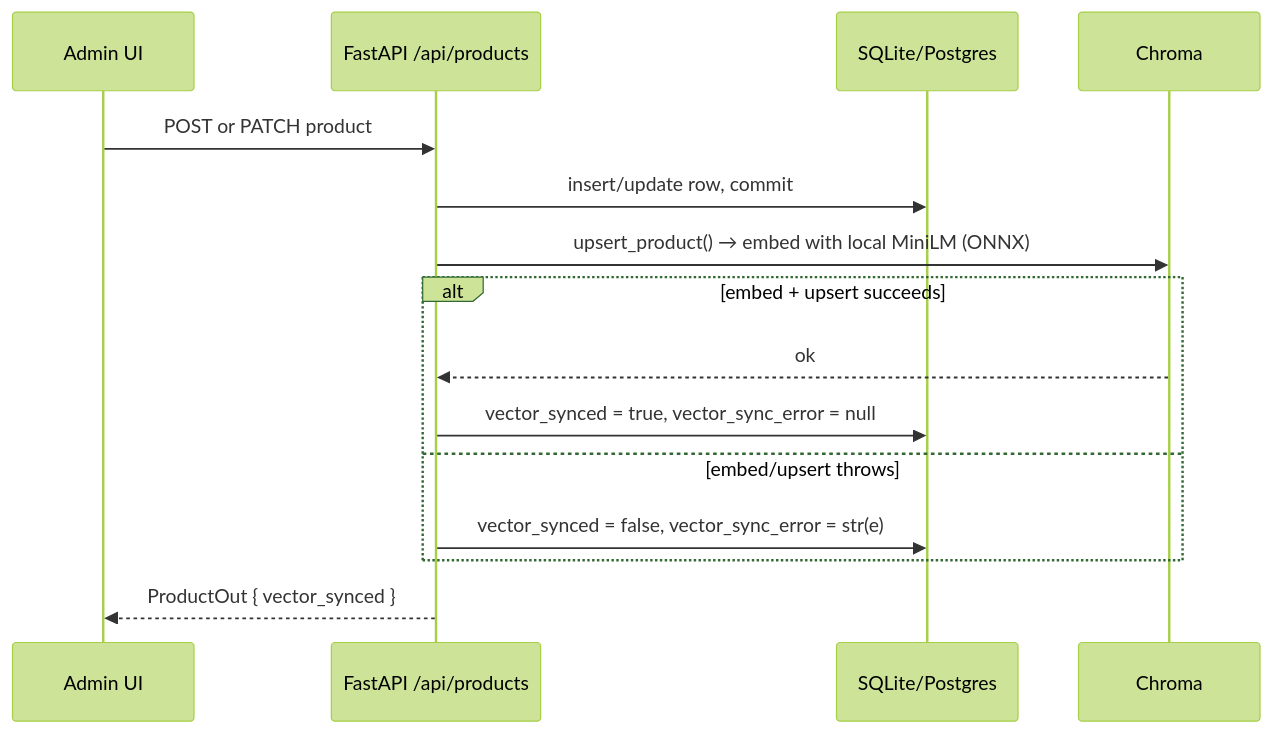
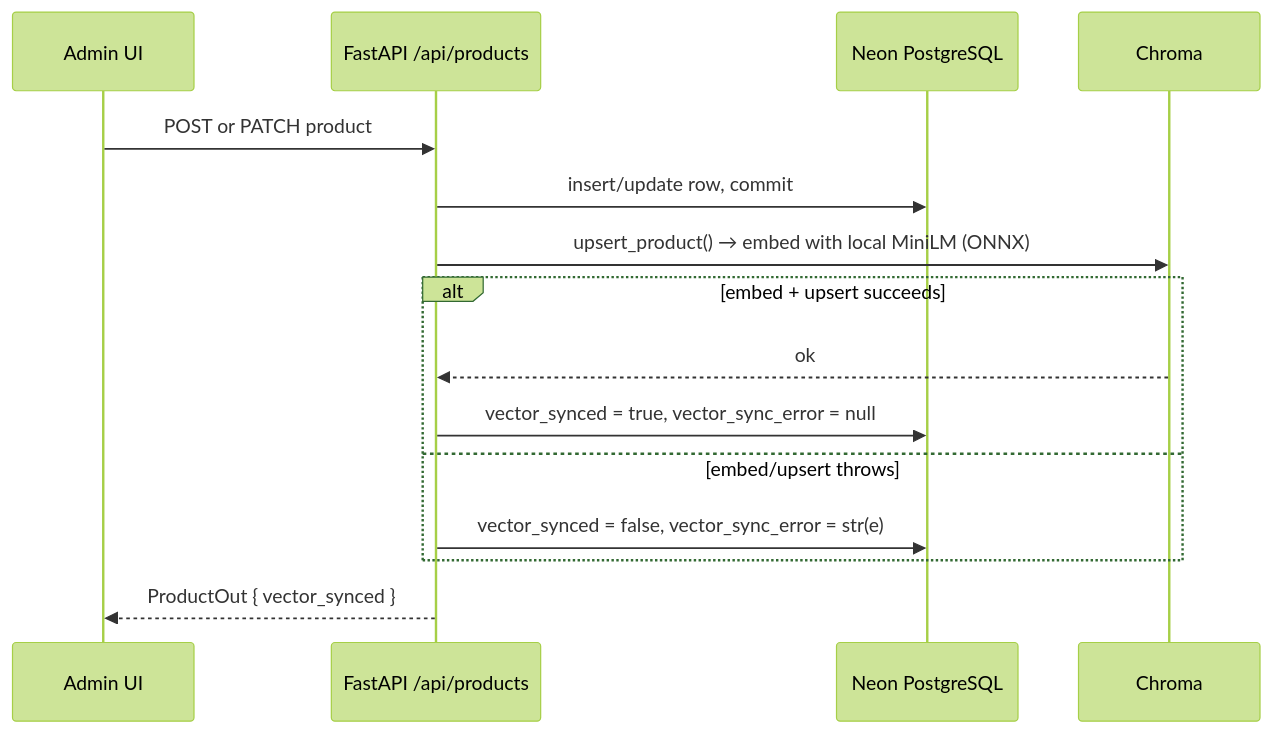
The third of 8 diagrams in docs/PROJECT_DOCUMENTATION.md (akshaykamath45/growise), drawn with Mermaid (forest theme) before and after one commit. The commit also changed other lines of this file and 28 other files, not shown here.

````diff
--- a/docs/PROJECT_DOCUMENTATION.md
+++ b/docs/PROJECT_DOCUMENTATION.md
@@ -236,18 +236,18 @@
 ```mermaid
 sequenceDiagram
     participant Admin as Admin UI
     participant API as FastAPI /api/products
-    participant SQL as SQLite/Postgres
+    participant SQL as Neon PostgreSQL
     participant Chroma
 
     Admin->>API: POST or PATCH product
     API->>SQL: insert/update row, commit
     API->>Chroma: upsert_product() → embed with local MiniLM (ONNX)
     alt embed + upsert succeeds
         Chroma-->>API: ok
         API->>SQL: vector_synced = true, vector_sync_error = null
     else embed/upsert throws
         API->>SQL: vector_synced = false, vector_sync_error = str(e)
     end
     API-->>Admin: ProductOut { vector_synced }
 ```
````
